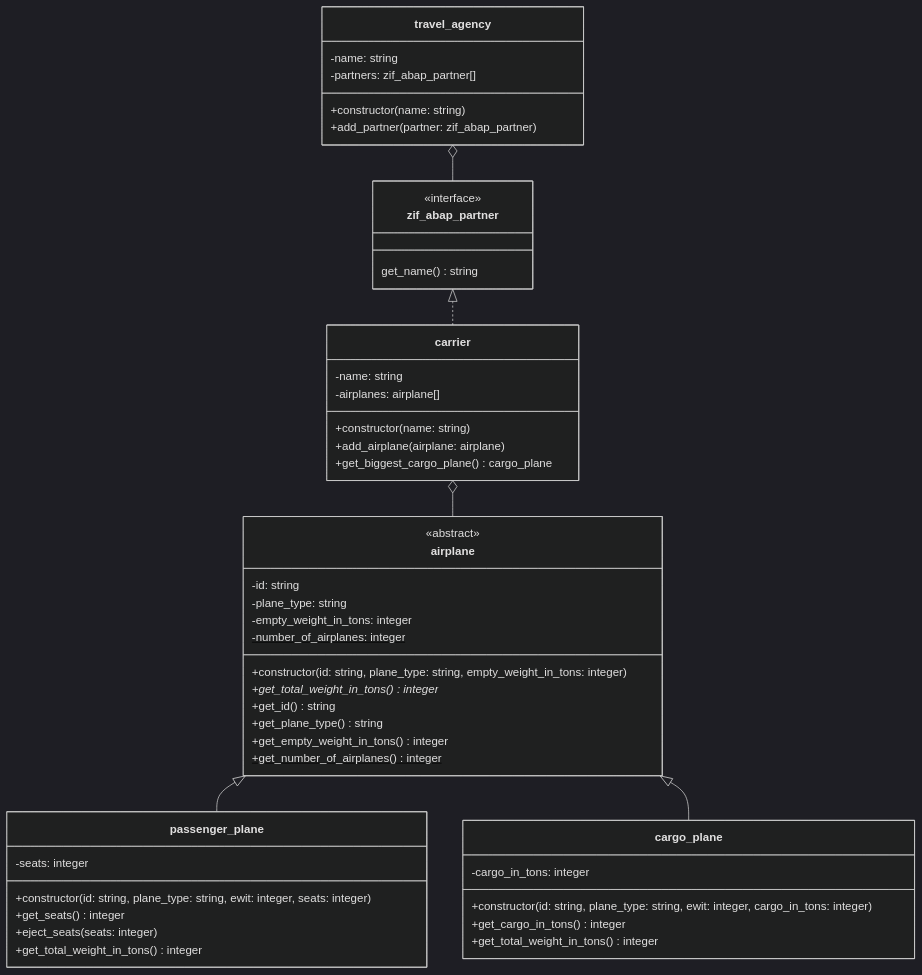
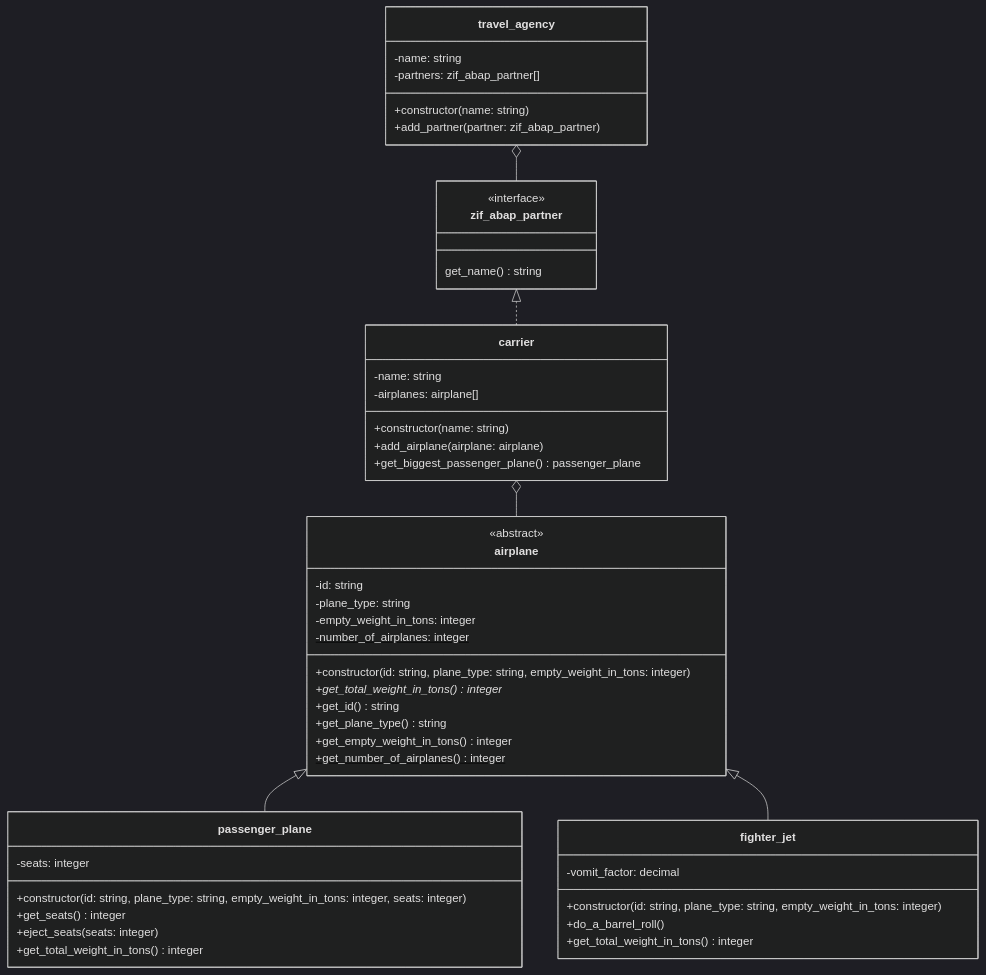
One commit to appenmaier/s4hana changed the diagram in docs/exercises/abap-objects/abap-objects-09.md. Above: the diagram before and after it, drawn with Mermaid (dark theme). The commit also changed 3 other files, not shown here.

````diff
--- a/docs/exercises/abap-objects/abap-objects-09.md
+++ b/docs/exercises/abap-objects/abap-objects-09.md
@@ -12,57 +12,57 @@
 ```mermaid
 classDiagram
    carrier o-- airplane
    airplane <|-- passenger_plane
-   airplane <|-- cargo_plane
+   airplane <|-- fighter_jet
    zif_abap_partner <|.. carrier
    travel_agency o-- zif_abap_partner
 
    class airplane {
       <<abstract>>
       -id: string
       -plane_type: string
       -empty_weight_in_tons: integer
       -number_of_airplanes: integer$
       +constructor(id: string, plane_type: string, empty_weight_in_tons: integer)
       +get_total_weight_in_tons() integer*
       +get_id() string
       +get_plane_type() string
       +get_empty_weight_in_tons() integer
       +get_number_of_airplanes() integer$
    }
 
    class passenger_plane {
       -seats: integer
-      +constructor(id: string, plane_type: string, ewit: integer, seats: integer)
+      +constructor(id: string, plane_type: string, empty_weight_in_tons: integer, seats: integer)
       +get_seats() integer
       +eject_seats(seats: integer)
       +get_total_weight_in_tons() integer
    }
 
-   class cargo_plane {
-      -cargo_in_tons: integer
-      +constructor(id: string, plane_type: string, ewit: integer, cargo_in_tons: integer)
-      +get_cargo_in_tons() integer
+   class fighter_jet {
+      -vomit_factor: decimal
+      +constructor(id: string, plane_type: string, empty_weight_in_tons: integer)
+      +do_a_barrel_roll()
       +get_total_weight_in_tons() integer
    }
 
    class carrier {
       -name: string
       -airplanes: airplane[]
       +constructor(name: string)
       +add_airplane(airplane: airplane)
-      +get_biggest_cargo_plane() cargo_plane
+      +get_biggest_passenger_plane() passenger_plane
    }
 
    class zif_abap_partner {
       <<interface>>
       get_name() string
    }
 
    class travel_agency {
       -name: string
       -partners: zif_abap_partner[]
       +constructor(name: string)
       +add_partner(partner: zif_abap_partner)
    }
 ```
````
